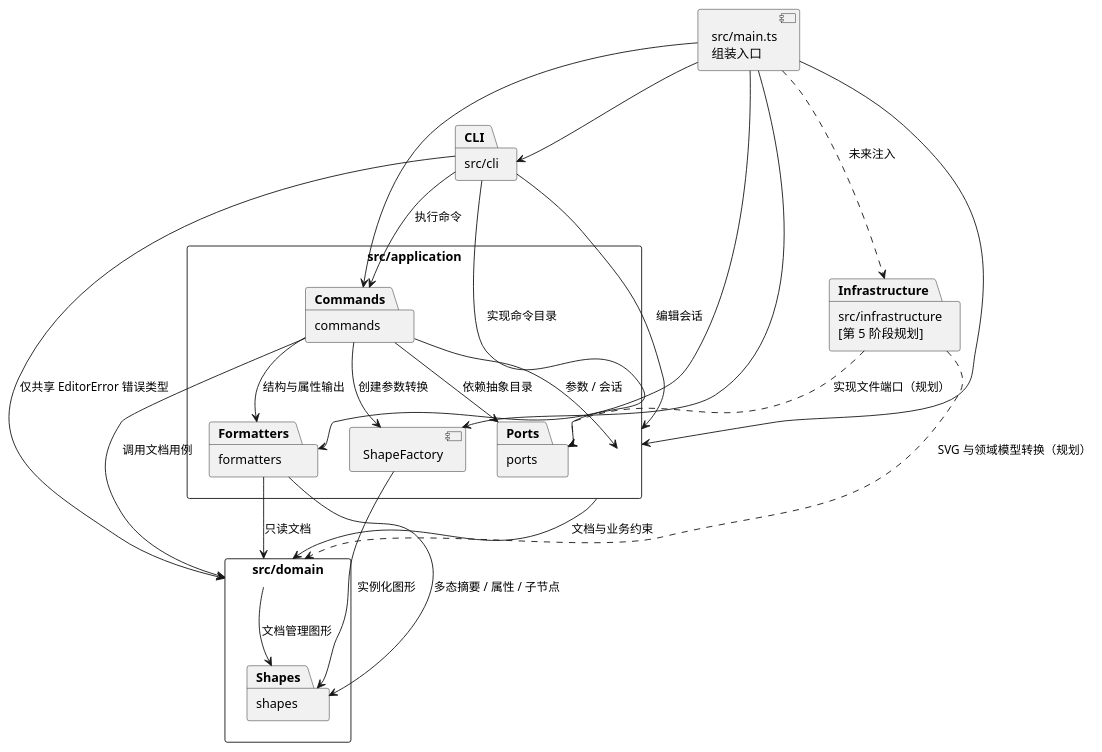
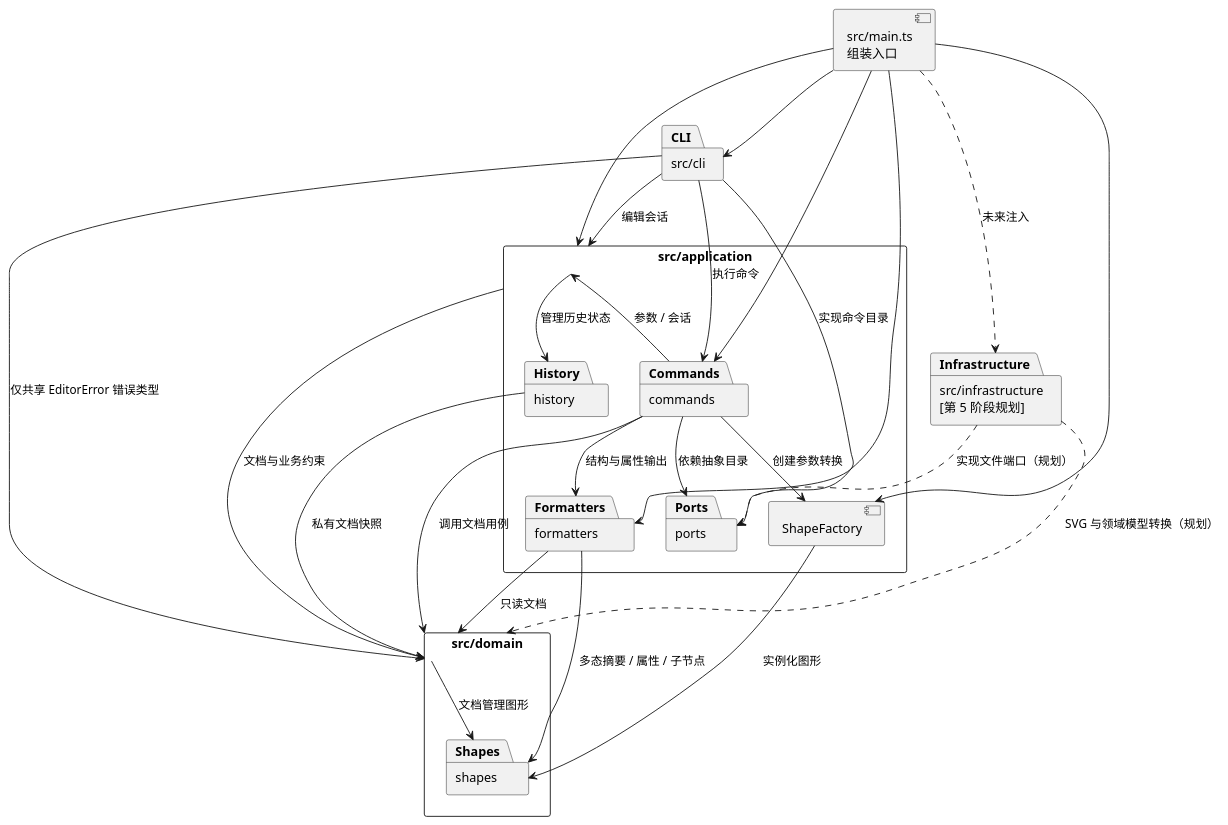
One commit to leoh4mster/svg-editor-cli-pj1 changed the diagram in doc/README.md. Above: the diagram before and after it, drawn with PlantUML. The commit also changed other lines of this file and 29 other files, not shown here.

````diff
--- a/doc/README.md
+++ b/doc/README.md
@@ -27,40 +28,43 @@
 ```plantuml
 @startuml
 skinparam packageStyle rectangle
 package "src/cli" as CLI
 package "src/application" as Application {
   package "commands" as Commands
   package "ports" as Ports
   package "formatters" as Formatters
+  package "history" as History
   component "ShapeFactory" as Factory
 }
 package "src/domain" as Domain {
   package "shapes" as Shapes
 }
 package "src/infrastructure\n[第 5 阶段规划]" as Infrastructure
 component "src/main.ts\n组装入口" as Main
 
 CLI --> Commands : 执行命令
 CLI --> Application : 编辑会话
 CLI --> Ports : 实现命令目录
 CLI --> Domain : 仅共享 EditorError 错误类型
 Commands --> Application : 参数 / 会话
 Commands --> Ports : 依赖抽象目录
 Commands --> Factory : 创建参数转换
 Commands --> Formatters : 结构与属性输出
 Commands --> Domain : 调用文档用例
+Application --> History : 管理历史状态
+History --> Domain : 私有文档快照
 Application --> Domain : 文档与业务约束
 Factory --> Shapes : 实例化图形
 Formatters --> Domain : 只读文档
 Formatters --> Shapes : 多态摘要 / 属性 / 子节点
 Domain --> Shapes : 文档管理图形
 Infrastructure ..> Ports : 实现文件端口（规划）
 Infrastructure ..> Domain : SVG 与领域模型转换（规划）
 Main --> CLI
 Main --> Commands
 Main --> Application
 Main --> Factory
 Main --> Formatters
 Main ..> Infrastructure : 未来注入
 @enduml
 ```
````
